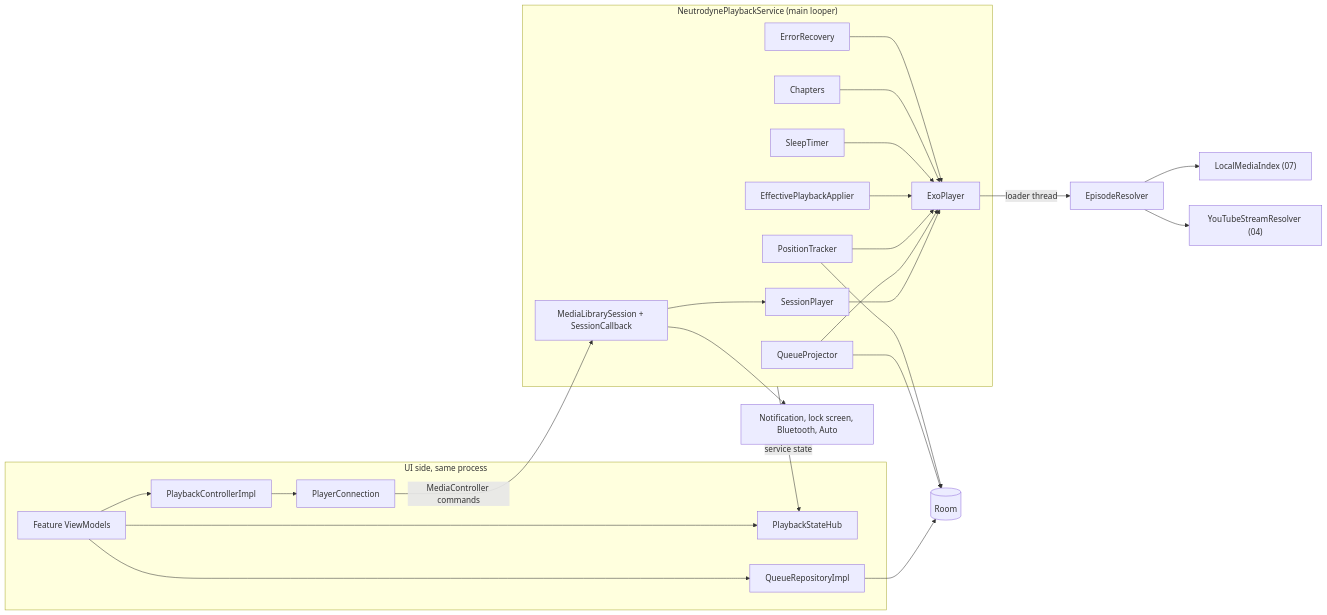
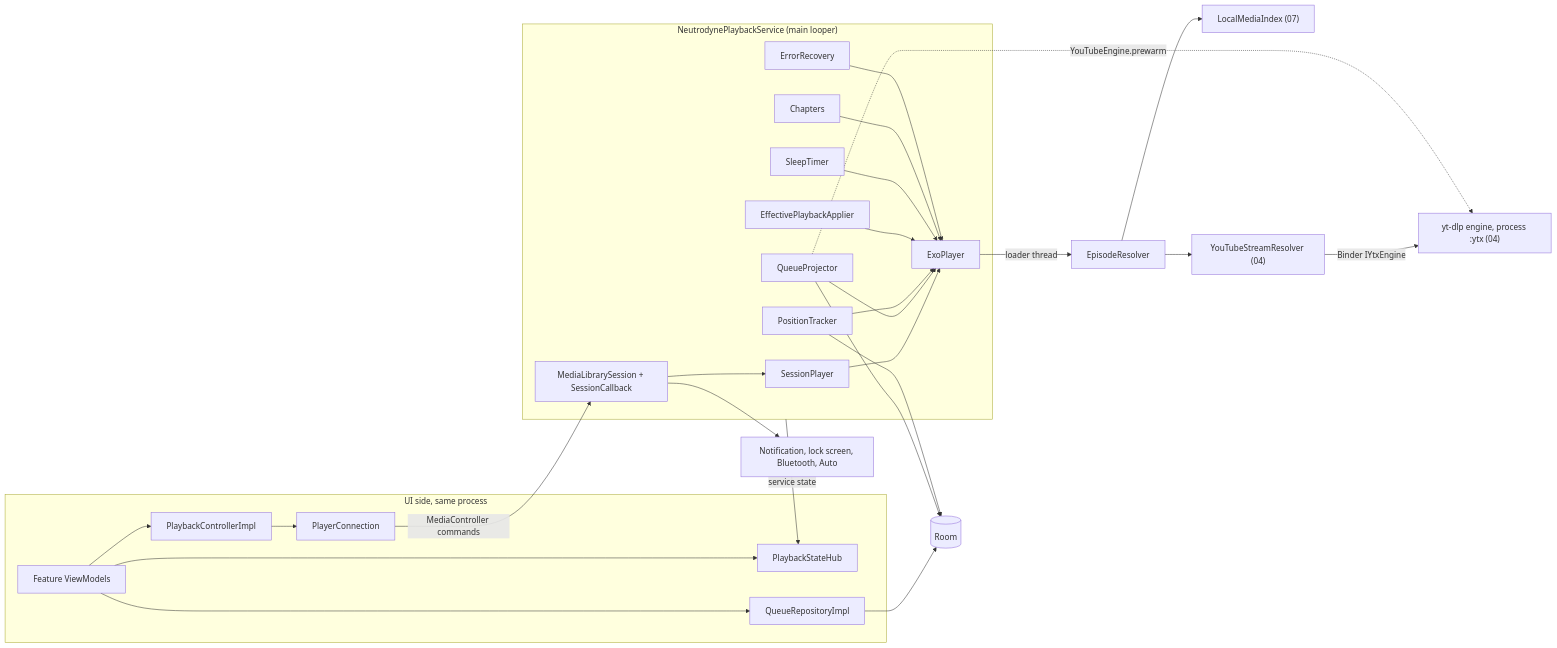
The first of 7 diagrams in docs/design/06-playback.md (BigBoyDevBox/Neutrodyne), drawn with Mermaid before and after one commit. The commit also changed other lines of this file and 11 other files, not shown here.

````diff
--- a/docs/design/06-playback.md
+++ b/docs/design/06-playback.md
@@ -220,28 +227,30 @@
 ```mermaid
 flowchart LR
   subgraph UI["UI side, same process"]
     VM["Feature ViewModels"] --> PC["PlaybackControllerImpl"]
     VM --> HUB["PlaybackStateHub"]
     VM --> QR["QueueRepositoryImpl"]
     PC --> CONN["PlayerConnection"]
   end
   subgraph SVC["NeutrodynePlaybackService (main looper)"]
     SESS["MediaLibrarySession + SessionCallback"] --> SP["SessionPlayer"]
     SP --> EXO["ExoPlayer"]
     PROJ["QueueProjector"] --> EXO
     POS["PositionTracker"] --> EXO
     APP["EffectivePlaybackApplier"] --> EXO
     SLP["SleepTimer"] --> EXO
     CH["Chapters"] --> EXO
     ERR["ErrorRecovery"] --> EXO
   end
   CONN -->|"MediaController commands"| SESS
   EXO -->|"loader thread"| RES["EpisodeResolver"]
   RES --> LMI["LocalMediaIndex (07)"]
   RES --> YT["YouTubeStreamResolver (04)"]
+  YT -->|"Binder IYtxEngine"| YTX["yt-dlp engine, process :ytx (04)"]
+  PROJ -.->|"YouTubeEngine.prewarm"| YTX
   PROJ --> DB[("Room")]
   POS --> DB
   QR --> DB
   SVC -->|"service state"| HUB
   SESS --> SYS["Notification, lock screen, Bluetooth, Auto"]
 ```
````
